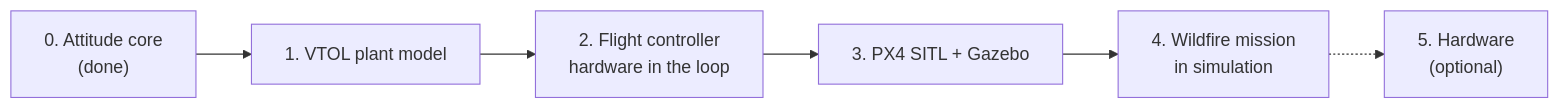
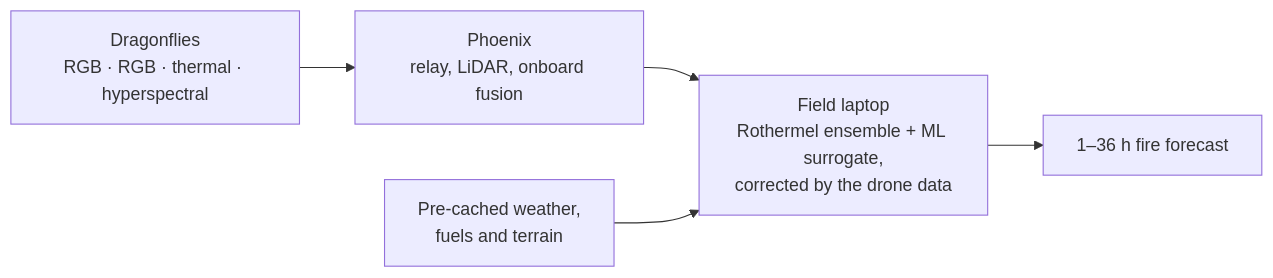
The second of 2 diagrams in README.md (raahimnawaz/wildfire-vtol), drawn with Mermaid before and after one commit. The commit also changed other lines of this file and 1 other file, not shown here.

First line of the commit message:
Plan the Phoenix and Dragonfly fleet and the field forecast

````diff
--- a/README.md
+++ b/README.md
@@ -60,8 +58,7 @@
 ```mermaid
 flowchart LR
-  s0["0. Attitude core<br>(done)"] --> s1["1. VTOL plant model"]
-  s1 --> s2["2. Flight controller<br>hardware in the loop"]
-  s2 --> s3["3. PX4 SITL + Gazebo"]
-  s3 --> s4["4. Wildfire mission<br>in simulation"]
-  s4 -.-> s5["5. Hardware<br>(optional)"]
+  d["Dragonflies<br>RGB · RGB · thermal · hyperspectral"] --> p["Phoenix<br>relay, LiDAR, onboard fusion"]
+  p --> g["Field laptop<br>Rothermel ensemble + ML surrogate,<br>corrected by the drone data"]
+  c["Pre-cached weather,<br>fuels and terrain"] --> g
+  g --> f["1–36 h fire forecast"]
 ```
````
